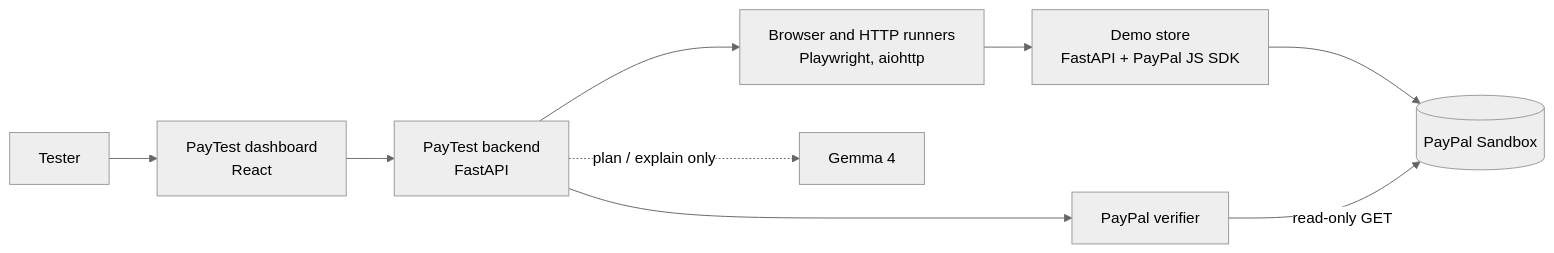
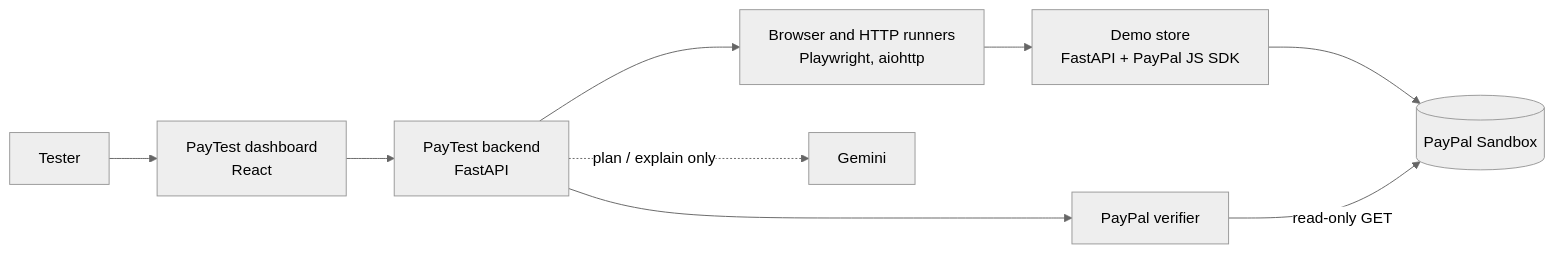
The diagram in README.md (Aditya-Sharma23/PayRecover-AI), drawn with Mermaid (neutral theme) before and after one commit. The commit also changed other lines of this file and 17 other files, not shown here.

````diff
--- a/README.md
+++ b/README.md
@@ -36,11 +36,11 @@
 ```mermaid
 flowchart LR
     U[Tester] --> D[PayTest dashboard<br/>React]
     D --> B[PayTest backend<br/>FastAPI]
     B --> R[Browser and HTTP runners<br/>Playwright, aiohttp]
     B --> P[PayPal verifier]
-    B -. plan / explain only .-> G[Gemma 4]
+    B -. plan / explain only .-> G[Gemini]
     R --> S[Demo store<br/>FastAPI + PayPal JS SDK]
     S --> PP[(PayPal Sandbox)]
     P -- read-only GET --> PP
 ```
````
